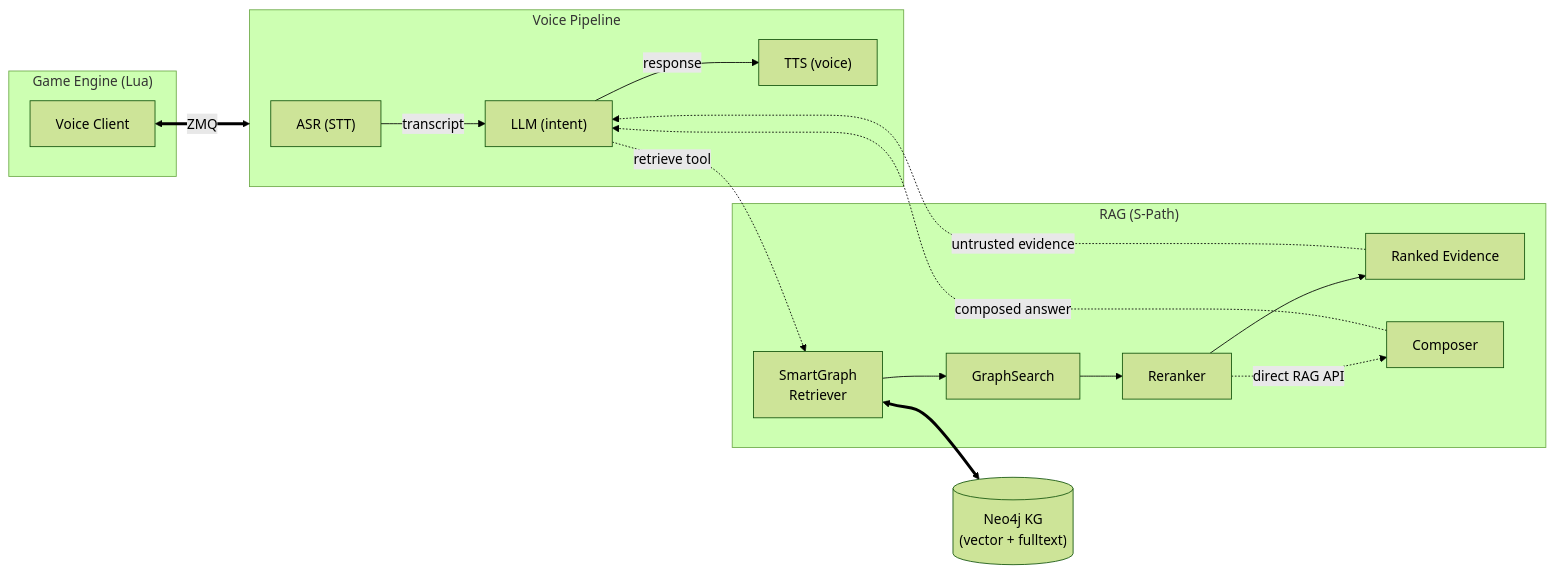
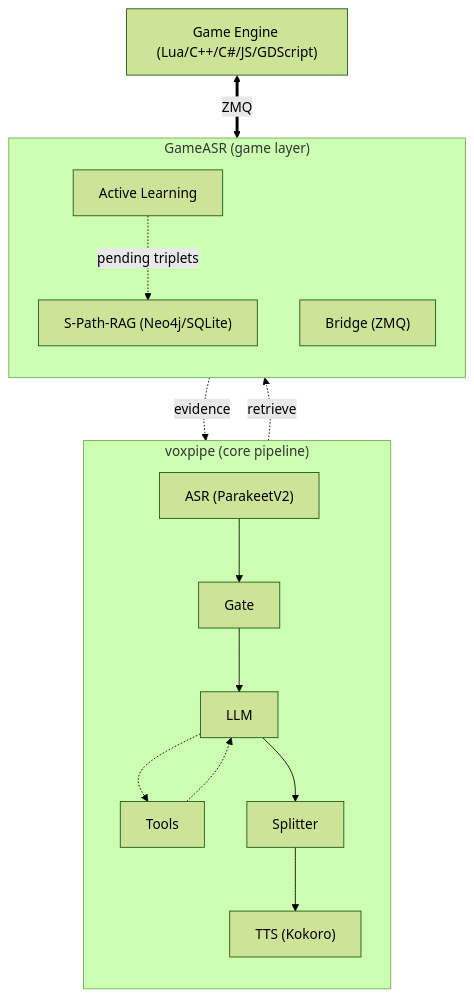
One commit to shervinemp/GameASR changed the diagram in README.md. Above: the diagram before and after it, drawn with Mermaid (forest theme). The commit also changed other lines of this file, not shown here.

Commit message:
docs: update README for voxpipe dependency and current architecture

````diff
--- a/README.md
+++ b/README.md
@@ -13,26 +9,24 @@
 ```mermaid
-flowchart LR
-    subgraph Game["Game Engine (Lua)"]
-        Client["Voice Client"]
+flowchart TB
+    subgraph Core["voxpipe (core pipeline)"]
+        direction TB
+        ASR["ASR (ParakeetV2)"] --> Gate
+        Gate --> LLM["LLM"]
+        LLM -.-> Tools["Tools"]
+        Tools -.-> LLM
+        LLM --> Split["Splitter"]
+        Split --> TTS["TTS (Kokoro)"]
     end
 
-    subgraph Pipeline["Voice Pipeline"]
-        ASR["ASR (STT)"] -->|transcript| LLM["LLM (intent)"]
-        LLM -->|response| TTS["TTS (voice)"]
+    subgraph Game["GameASR (game layer)"]
+        direction TB
+        RAG["S-Path-RAG (Neo4j/SQLite)"]
+        Bridge["Bridge (ZMQ)"]
+        AL["Active Learning"]
     end
 
-    subgraph RAG["RAG (S-Path)"]
-        SGR["SmartGraph<br/>Retriever"] --> GS["GraphSearch"]
-        GS --> RR["Reranker"]
-        RR --> EV["Ranked Evidence"]
-        RR -.->|direct RAG API| CP["Composer"]
-    end
-
-    KG[("Neo4j KG<br/>(vector + fulltext)")]
-
-    Client <==>|ZMQ| Pipeline
-    LLM -.->|retrieve tool| SGR
-    EV -.->|untrusted evidence| LLM
-    CP -.->|composed answer| LLM
-    SGR <==> KG
+    GameClient["Game Engine (Lua/C++/C#/JS/GDScript)"] <==>|ZMQ| Bridge
+    LLM -.->|retrieve| RAG
+    RAG -.->|evidence| LLM
+    AL -.->|pending triplets| RAG
 ```
````
